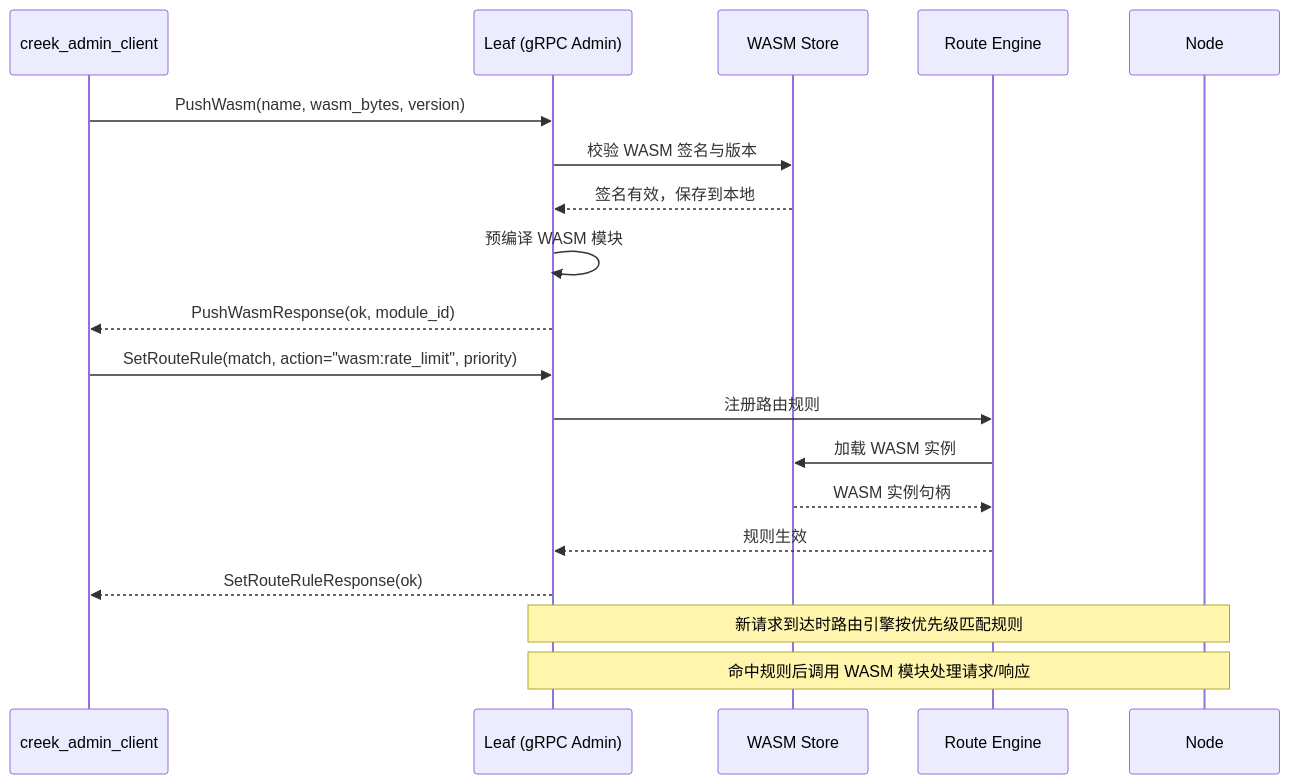
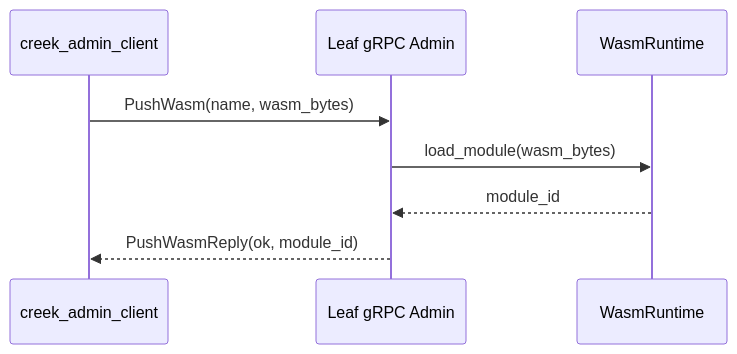
Before and after one commit to arrayforward/creek: the eighth of 9 diagrams in docs/architecture.md, drawn with Mermaid. The commit also changed other lines of this file and 2 other files, not shown here.

First line of the commit message:
fix: remove mermaid br tags causing GitHub render failure

````diff
--- a/docs/architecture.md
+++ b/docs/architecture.md
@@ -425,24 +385,11 @@
 ```mermaid
 sequenceDiagram
     participant Admin as creek_admin_client
-    participant Leaf as Leaf (gRPC Admin)
-    participant Store as WASM Store
-    participant Router as Route Engine
-    participant Node as Node
+    participant Leaf as Leaf gRPC Admin
+    participant RT as WasmRuntime
 
-    Admin->>Leaf: PushWasm(name, wasm_bytes, version)
-    Leaf->>Store: 校验 WASM 签名与版本
-    Store-->>Leaf: 签名有效，保存到本地
-    Leaf->>Leaf: 预编译 WASM 模块
-    Leaf-->>Admin: PushWasmResponse(ok, module_id)
-
-    Admin->>Leaf: SetRouteRule(match, action="wasm:rate_limit", priority)
-    Leaf->>Router: 注册路由规则
-    Router->>Store: 加载 WASM 实例
-    Store-->>Router: WASM 实例句柄
-    Router-->>Leaf: 规则生效
-    Leaf-->>Admin: SetRouteRuleResponse(ok)
-
-    Note over Leaf,Node: 新请求到达时路由引擎按优先级匹配规则
-    Note over Leaf,Node: 命中规则后调用 WASM 模块处理请求/响应
+    Admin->>Leaf: PushWasm(name, wasm_bytes)
+    Leaf->>RT: load_module(wasm_bytes)
+    RT-->>Leaf: module_id
+    Leaf-->>Admin: PushWasmReply(ok, module_id)
 ```
````
